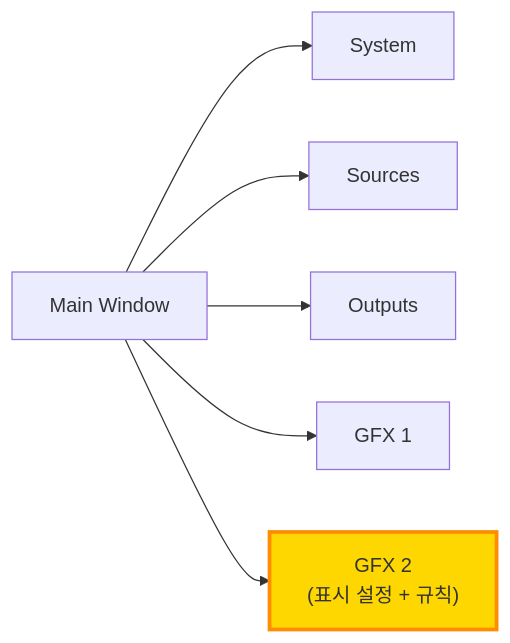
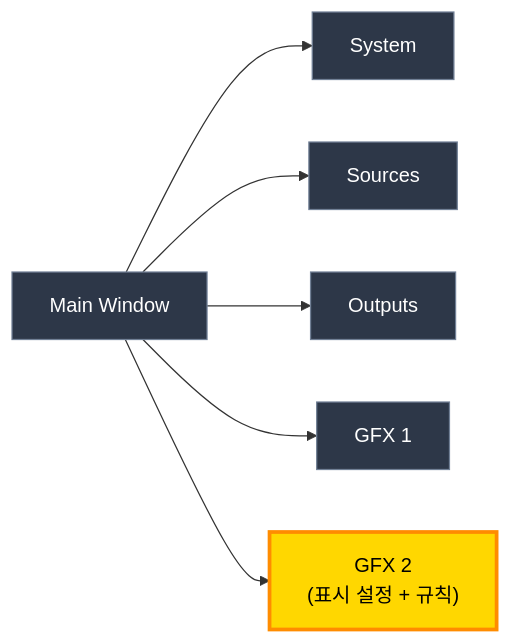
Before and after one commit to garimto81/ebs: the ninth of 14 diagrams in docs/01_PokerGFX_Analysis/PRD-0004-EBS-Server-UI-Design.md, drawn with Mermaid. The commit also changed other lines of this file, not shown here.

First line of the commit message:
fix(prd-0004): Mermaid 다이어그램 색상 + 캡쳐 링크 수정

````diff
--- a/docs/01_PokerGFX_Analysis/PRD-0004-EBS-Server-UI-Design.md
+++ b/docs/01_PokerGFX_Analysis/PRD-0004-EBS-Server-UI-Design.md
@@ -766,15 +774,16 @@
 ```mermaid
 flowchart LR
+    classDef default fill:#2d3748,stroke:#718096,color:#ffffff
     MW["Main Window"]
     SYS["System"]
     SRC["Sources"]
     OUT["Outputs"]
     GFX1["GFX 1"]
     GFX2["GFX 2<br/>(표시 설정 + 규칙)"]
-    style GFX2 fill:#FFD700,stroke:#FF8C00,stroke-width:3px
+    style GFX2 fill:#FFD700,stroke:#FF8C00,stroke-width:3px,color:#000000
     MW --> SYS
     MW --> SRC
     MW --> OUT
     MW --> GFX1
     MW --> GFX2
 ```
````
